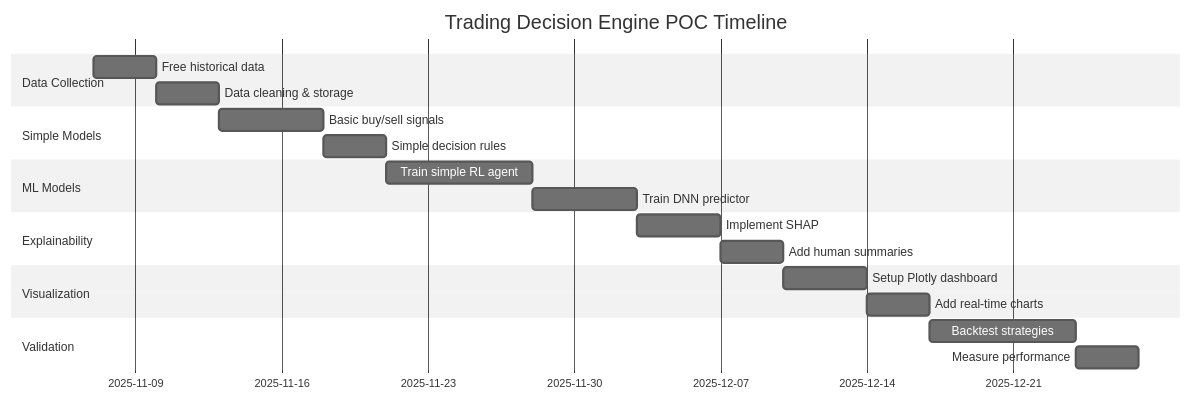
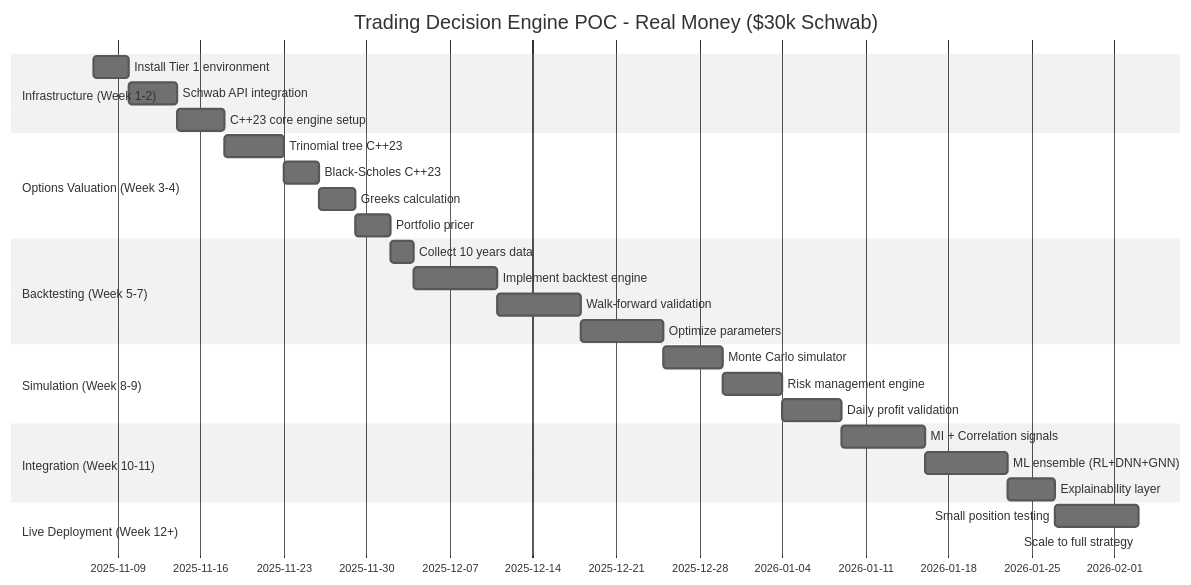
Diagram 19 of 20 in docs/architecture/intelligent-trading-decision-engine.md (oldboldpilot/BigBrotherAnalytics), drawn with Mermaid (neutral theme) before and after one commit. The commit also changed other lines of this file and 6 other files, not shown here.

````diff
--- a/docs/architecture/intelligent-trading-decision-engine.md
+++ b/docs/architecture/intelligent-trading-decision-engine.md
@@ -2404,23 +2423,30 @@
 ```mermaid
 gantt
-    title Trading Decision Engine POC Timeline
+    title Trading Decision Engine POC - Real Money ($30k Schwab)
     dateFormat  YYYY-MM-DD
-    section Data Collection
-    Free historical data           :2025-11-07, 3d
-    Data cleaning & storage        :3d
-    section Simple Models
-    Basic buy/sell signals         :5d
-    Simple decision rules          :3d
-    section ML Models
-    Train simple RL agent          :7d
-    Train DNN predictor            :5d
-    section Explainability
-    Implement SHAP                 :4d
-    Add human summaries            :3d
-    section Visualization
-    Setup Plotly dashboard         :4d
-    Add real-time charts           :3d
-    section Validation
-    Backtest strategies            :7d
-    Measure performance            :3d
+    section Infrastructure (Week 1-2)
+    Install Tier 1 environment     :2025-11-07, 3d
+    Schwab API integration         :4d
+    C++23 core engine setup        :4d
+    section Options Valuation (Week 3-4)
+    Trinomial tree C++23           :5d
+    Black-Scholes C++23            :3d
+    Greeks calculation             :3d
+    Portfolio pricer               :3d
+    section Backtesting (Week 5-7)
+    Collect 10 years data          :2d
+    Implement backtest engine      :7d
+    Walk-forward validation        :7d
+    Optimize parameters            :7d
+    section Simulation (Week 8-9)
+    Monte Carlo simulator          :5d
+    Risk management engine         :5d
+    Daily profit validation        :5d
+    section Integration (Week 10-11)
+    MI + Correlation signals       :7d
+    ML ensemble (RL+DNN+GNN)       :7d
+    Explainability layer           :4d
+    section Live Deployment (Week 12+)
+    Small position testing         :7d
+    Scale to full strategy         :ongoing
 ```
````
